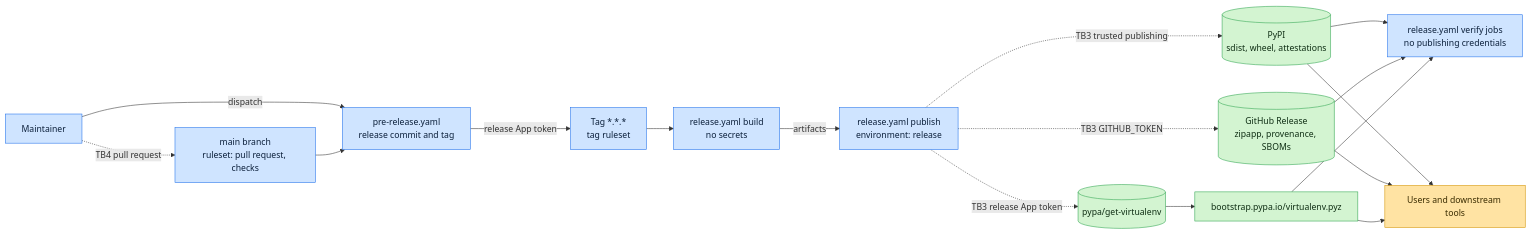
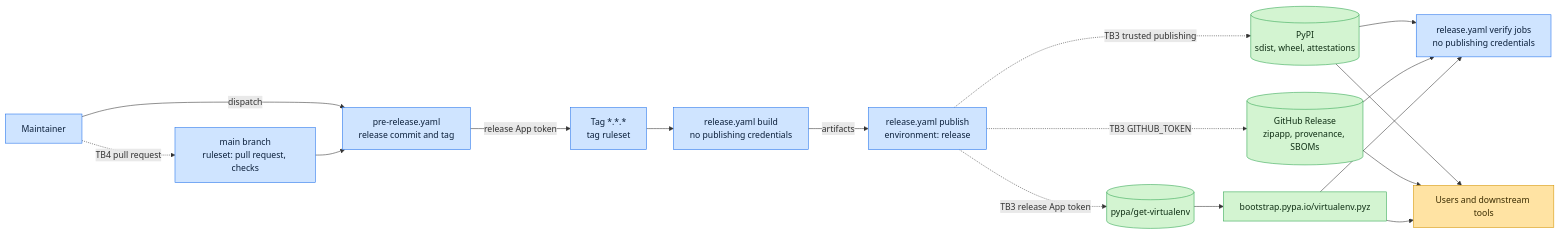
One commit to pypa/virtualenv changed the second of 2 diagrams in .github/THREAT_MODEL.md. Above: the diagram before and after it, drawn with Mermaid. The commit also changed other lines of this file and 4 other files, not shown here.

````diff
--- a/.github/THREAT_MODEL.md
+++ b/.github/THREAT_MODEL.md
@@ -146,37 +146,37 @@
 ```mermaid
 flowchart LR
     maint["Maintainer"]
     main["main branch<br/>ruleset: pull request, checks"]
     pre["pre-release.yaml<br/>release commit and tag"]
     tag["Tag *.*.*<br/>tag ruleset"]
-    build["release.yaml build<br/>no secrets"]
+    build["release.yaml build<br/>no publishing credentials"]
     publish["release.yaml publish<br/>environment: release"]
     verify["release.yaml verify jobs<br/>no publishing credentials"]
     pypi[("PyPI<br/>sdist, wheel, attestations")]
     ghr[("GitHub Release<br/>zipapp, provenance, SBOMs")]
     getv[("pypa/get-virtualenv")]
     boot["bootstrap.pypa.io/virtualenv.pyz"]
     users["Users and downstream tools"]
     maint -.->|"TB4 pull request"| main
     maint -->|dispatch| pre
     main --> pre
     pre -->|release App token| tag
     tag --> build
     build -->|artifacts| publish
     publish -.->|"TB3 trusted publishing"| pypi
     publish -.->|"TB3 GITHUB_TOKEN"| ghr
     publish -.->|"TB3 release App token"| getv
     getv --> boot
     pypi --> verify
     ghr --> verify
     boot --> verify
     pypi --> users
     ghr --> users
     boot --> users
     classDef trusted fill:#cfe4ff,stroke:#1f6feb,color:#0b1f3a;
     classDef external fill:#ffe3a3,stroke:#d29200,color:#3a2c00;
     classDef output fill:#d3f4d1,stroke:#2da44e,color:#0f2e14;
     class maint,main,pre,tag,build,publish,verify trusted;
     class users external;
     class pypi,ghr,getv,boot output;
 ```
````
